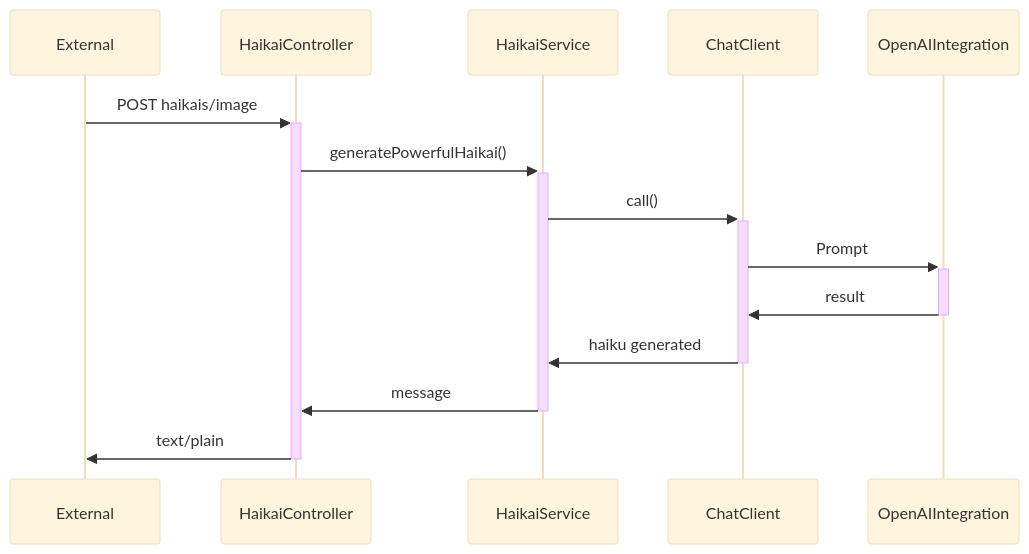
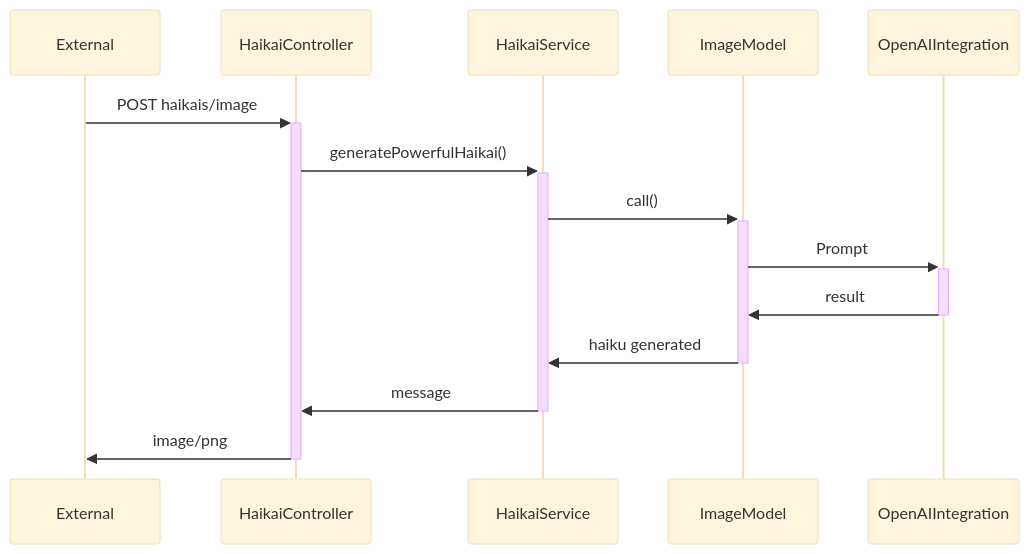
The third of 5 diagrams in article/article.md (ortolanph/haikAI), drawn with Mermaid (base theme) before and after one commit. The commit also changed other lines of this file, not shown here.

````diff
--- a/article/article.md
+++ b/article/article.md
@@ -226,11 +264,11 @@
 ```mermaid
 sequenceDiagram
     External ->>+ HaikaiController: POST haikais/image
     HaikaiController ->>+ HaikaiService: generatePowerfulHaikai()
-    HaikaiService ->>+ ChatClient: call()
-    ChatClient ->>+ OpenAIIntegration: Prompt
-    OpenAIIntegration ->>- ChatClient: result
-    ChatClient ->>- HaikaiService: haiku generated
+    HaikaiService ->>+ ImageModel: call()
+    ImageModel ->>+ OpenAIIntegration: Prompt
+    OpenAIIntegration ->>- ImageModel: result
+    ImageModel ->>- HaikaiService: haiku generated
     HaikaiService ->>- HaikaiController: message
-    HaikaiController ->>- External: text/plain
+    HaikaiController ->>- External: image/png
 ```
````
